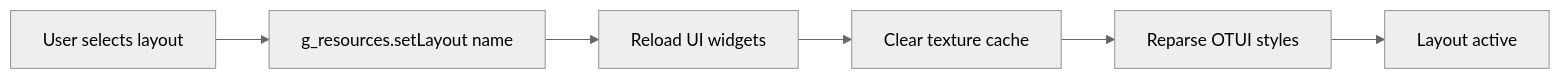
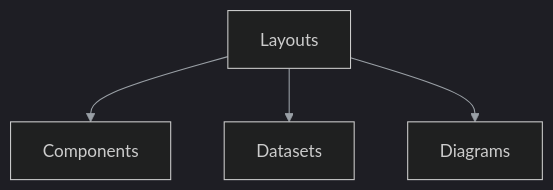
The diagram in docs/authoring/13_layouts/index.md (lukaszj321/otcv8-dev), drawn with Mermaid before and after one commit. The commit also changed other lines of this file and 92 other files, not shown here.

````diff
--- a/docs/authoring/13_layouts/index.md
+++ b/docs/authoring/13_layouts/index.md
@@ -105,16 +23,7 @@
 ```{mermaid}
-%%{init: { 'theme': 'neutral', 'themeVariables': { 'primaryTextColor': '#ddd' } }}%%
-flowchart LR
-    A[User selects layout]
-    B[g_resources.setLayout name]
-    C[Reload UI widgets]
-    D[Clear texture cache]
-    E[Reparse OTUI styles]
-    F[Layout active]
-    
-    A --> B
-    B --> C
-    C --> D
-    D --> E
-    E --> F
+%%{init: {'theme':'dark','securityLevel':'loose','themeVariables':{'primaryTextColor':'#ddd','lineColor':'#9aa0a6'}}}%%
+graph TD
+    A[Layouts] --> B[Components]
+    A --> C[Datasets]
+    A --> D[Diagrams]
 ```
````
